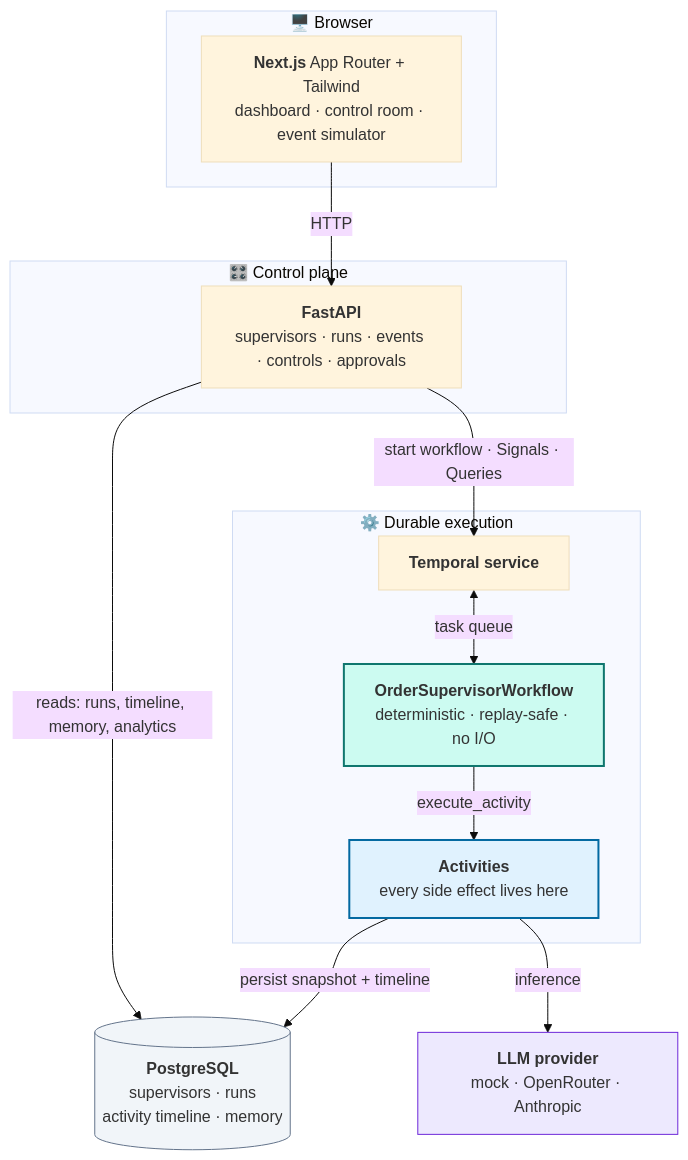
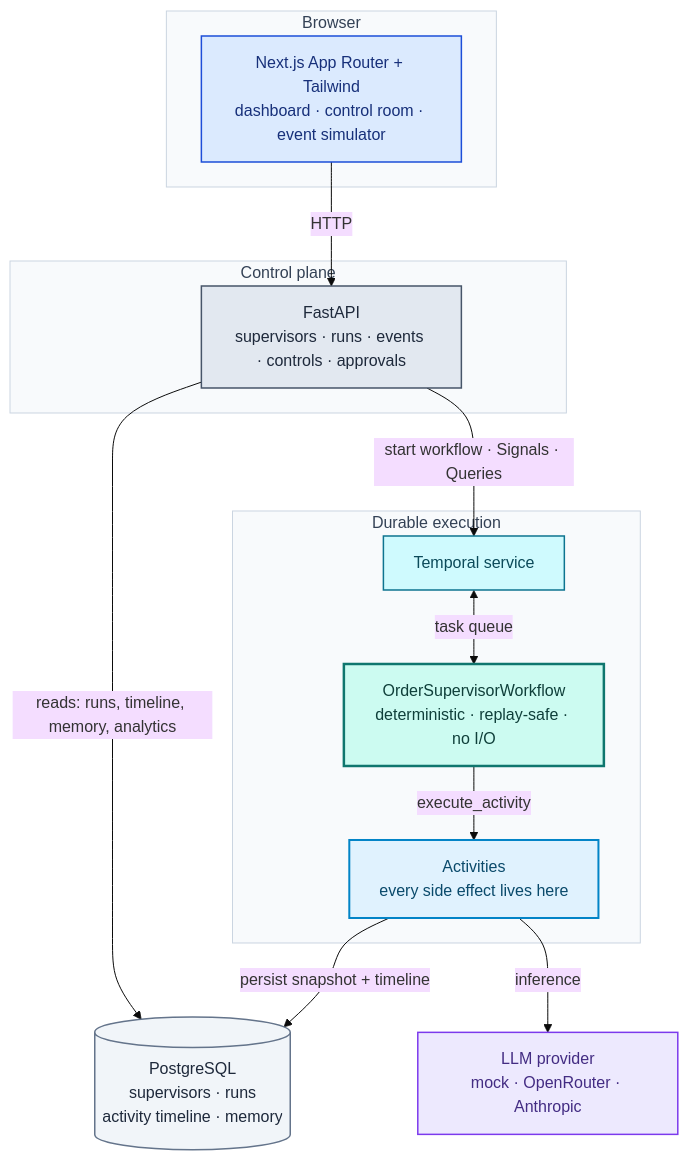
Before and after one commit to Gupta2708/OrderPilot: the first of 3 diagrams in README.md, drawn with Mermaid (base theme). The commit also changed other lines of this file, not shown here.

Commit message:
restyle the architecture dig

````diff
--- a/README.md
+++ b/README.md
@@ -80,32 +80,47 @@
 ```mermaid
 flowchart TB
-    subgraph client["🖥️  Browser"]
-        UI["<b>Next.js</b> App Router + Tailwind<br/>dashboard · control room · event simulator"]
+    subgraph client["Browser"]
+        UI["Next.js App Router + Tailwind<br/>dashboard · control room · event simulator"]
     end
 
-    subgraph control["🎛️  Control plane"]
-        API["<b>FastAPI</b><br/>supervisors · runs · events · controls · approvals"]
+    subgraph control["Control plane"]
+        API["FastAPI<br/>supervisors · runs · events · controls · approvals"]
     end
 
-    subgraph durable["⚙️  Durable execution"]
-        TS["<b>Temporal service</b>"]
-        WF["<b>OrderSupervisorWorkflow</b><br/>deterministic · replay-safe · no I/O"]
-        ACT["<b>Activities</b><br/>every side effect lives here"]
+    subgraph durable["Durable execution"]
+        TS["Temporal service"]
+        WF["OrderSupervisorWorkflow<br/>deterministic · replay-safe · no I/O"]
+        ACT["Activities<br/>every side effect lives here"]
     end
 
-    DB[("<b>PostgreSQL</b><br/>supervisors · runs<br/>activity timeline · memory")]
-    LLM["<b>LLM provider</b><br/>mock · OpenRouter · Anthropic"]
+    DB[("PostgreSQL<br/>supervisors · runs<br/>activity timeline · memory")]
+    LLM["LLM provider<br/>mock · OpenRouter · Anthropic"]
 
-    UI -->|HTTP| API
+    UI -->|"HTTP"| API
     API -->|"reads: runs, timeline, memory, analytics"| DB
     API -->|"start workflow · Signals · Queries"| TS
     TS <-->|"task queue"| WF
     WF -->|"execute_activity"| ACT
     ACT -->|"inference"| LLM
     ACT -->|"persist snapshot + timeline"| DB
 
-    style WF fill:#ccfbf1,stroke:#0f766e,stroke-width:2px
-    style ACT fill:#e0f2fe,stroke:#0369a1,stroke-width:2px
-    style DB fill:#f1f5f9,stroke:#64748b
-    style LLM fill:#ede9fe,stroke:#6d28d9
+    classDef front fill:#dbeafe,stroke:#1d4ed8,color:#17307a,stroke-width:1.5px
+    classDef api fill:#e2e8f0,stroke:#475569,color:#1e293b,stroke-width:1.5px
+    classDef temporal fill:#cffafe,stroke:#0e7490,color:#0b4a5a,stroke-width:1.5px
+    classDef workflow fill:#ccfbf1,stroke:#0f766e,color:#0f3f3a,stroke-width:2.5px
+    classDef activity fill:#e0f2fe,stroke:#0284c7,color:#0a4a6b,stroke-width:2px
+    classDef store fill:#f1f5f9,stroke:#64748b,color:#1e293b,stroke-width:1.5px
+    classDef model fill:#ede9fe,stroke:#7c3aed,color:#432c83,stroke-width:1.5px
+
+    class UI front
+    class API api
+    class TS temporal
+    class WF workflow
+    class ACT activity
+    class DB store
+    class LLM model
+
+    style client fill:#f8fafc,stroke:#cbd5e1,color:#334155
+    style control fill:#f8fafc,stroke:#cbd5e1,color:#334155
+    style durable fill:#f8fafc,stroke:#cbd5e1,color:#334155
 ```
````
